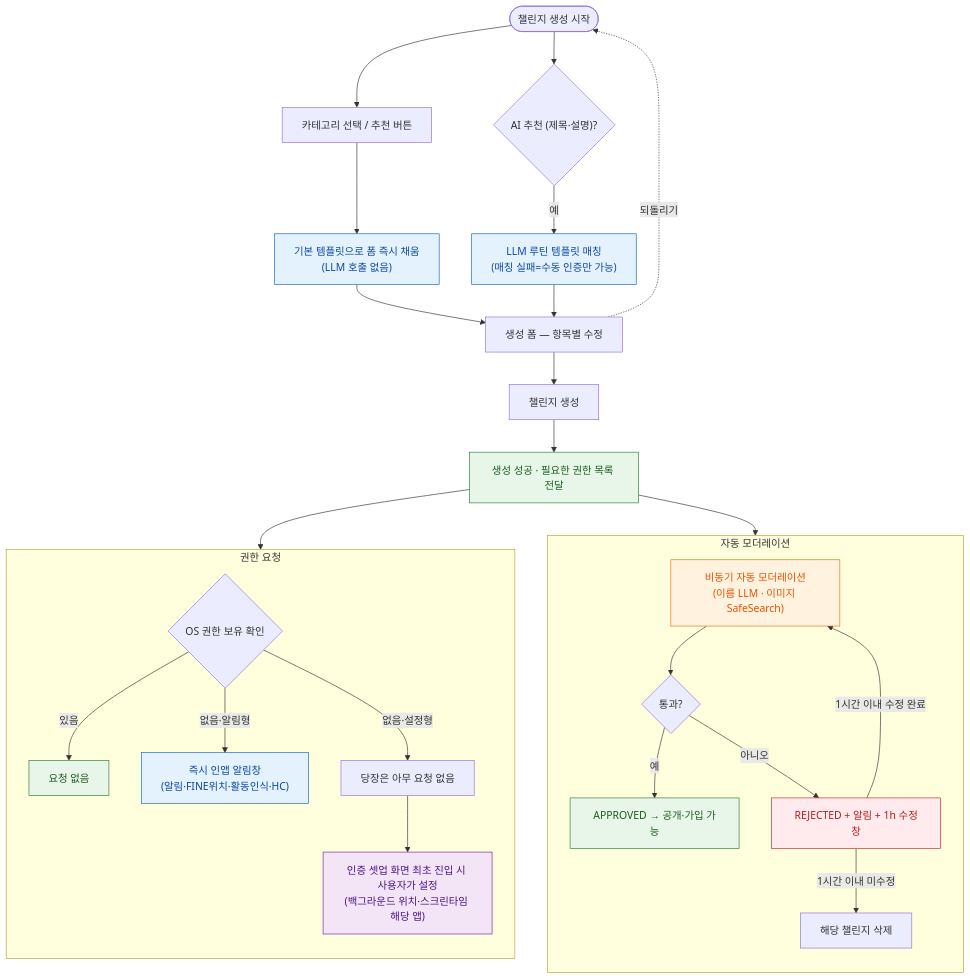
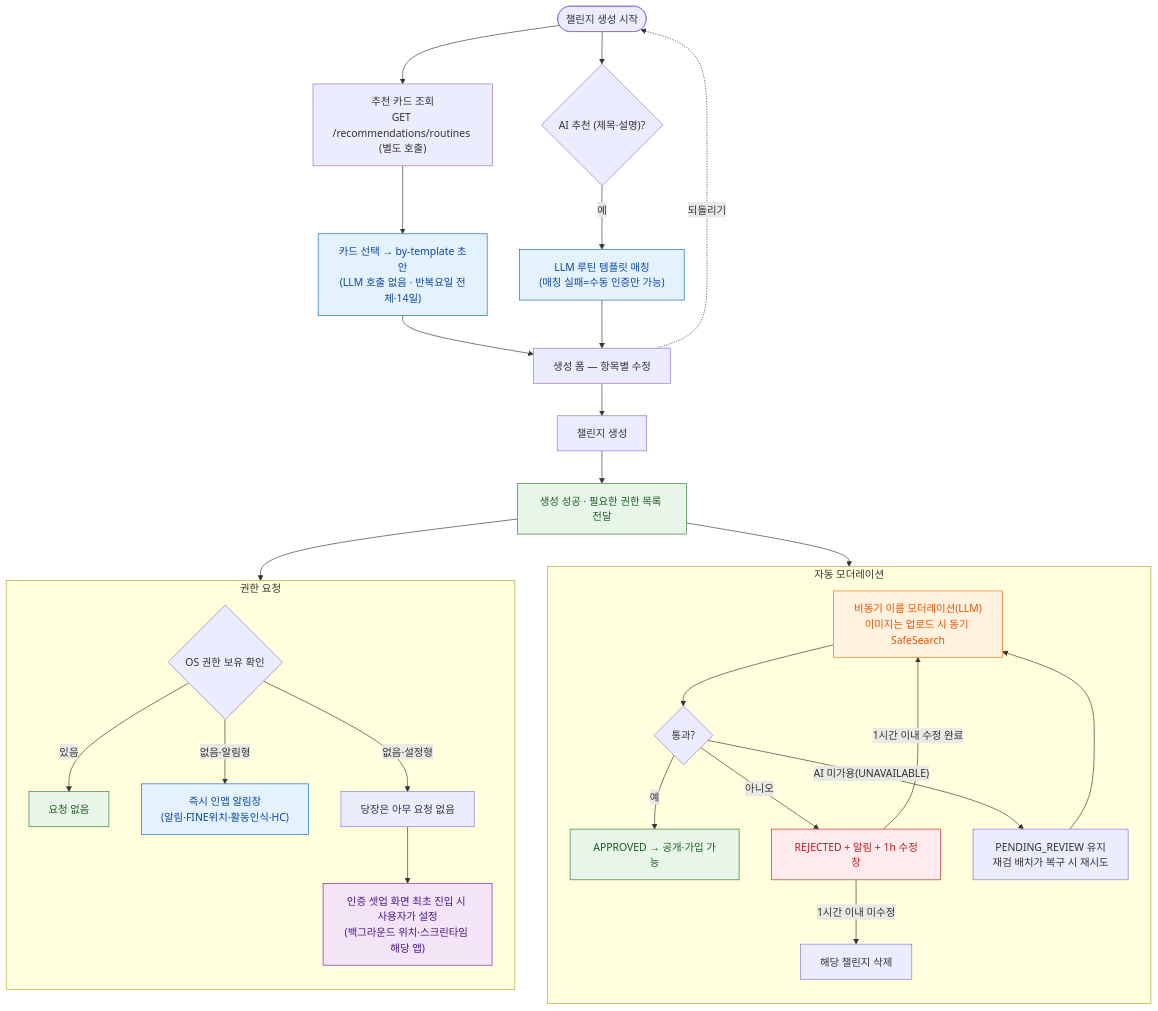
The first of 4 diagrams in docs/challenge/챌린지 생성 최종 수정 38ead4145fb680d8aac1e7a5e50130d6.md (RuleUp-ASM/Backend), drawn with Mermaid before and after one commit. The commit also changed other lines of this file and 10 other files, not shown here.

Commit message:
chore : 챌린지 플로우 및 코드 수정

````diff
--- a/docs/challenge/챌린지 생성 최종 수정 38ead4145fb680d8aac1e7a5e50130d6.md
+++ b/docs/challenge/챌린지 생성 최종 수정 38ead4145fb680d8aac1e7a5e50130d6.md
@@ -62,48 +62,50 @@
 ```mermaid
 flowchart TD
     START(["챌린지 생성 시작"]) --> AI{"AI 추천 (제목·설명)?"}
-    START --> RECO["카테고리 선택 / 추천 버튼"]
-    RECO --> FILL["기본 템플릿으로 폼 즉시 채움<br/>(LLM 호출 없음)"]
+    START --> RECO["추천 카드 조회<br/>GET /recommendations/routines (별도 호출)"]
+    RECO --> FILL["카드 선택 → by-template 초안<br/>(LLM 호출 없음 · 반복요일 전체·14일)"]
     FILL --> EDIT["생성 폼 — 항목별 수정"]
     AI -->|예| REC["LLM 루틴 템플릿 매칭<br/>(매칭 실패=수동 인증만 가능)"]
     REC --> EDIT
     EDIT --> CREATE["챌린지 생성"]
     CREATE --> OK["생성 성공 · 필요한 권한 목록 전달"]
 
     OK --> ASYNC
     OK --> C
 
     subgraph MOD ["자동 모더레이션"]
         direction TB
-        ASYNC["비동기 자동 모더레이션<br/>(이름 LLM · 이미지 SafeSearch)"]
+        ASYNC["비동기 이름 모더레이션(LLM)<br/>이미지는 업로드 시 동기 SafeSearch"]
         ASYNC --> GATE{"통과?"}
         GATE -->|예| APP["APPROVED → 공개·가입 가능"]
         GATE -->|아니오| REJ["REJECTED + 알림 + 1h 수정창"]
+        GATE -->|"AI 미가용(UNAVAILABLE)"| RETRY["PENDING_REVIEW 유지<br/>재검 배치가 복구 시 재시도"]
+        RETRY --> ASYNC
         REJ -->|1시간 이내 수정 완료| ASYNC
         REJ -->|1시간 이내 미수정| DEL["해당 챌린지 삭제"]
     end
 
     subgraph PERM ["권한 요청"]
         direction TB
         C{"OS 권한 보유 확인"}
         C -->|있음| DONE["요청 없음"]
         C -->|"없음·알림형"| POP["즉시 인앱 알림창<br/>(알림·FINE위치·활동인식·HC)"]
         C -->|"없음·설정형"| WAIT["당장은 아무 요청 없음"]
         WAIT --> DEFER["인증 셋업 화면 최초 진입 시 사용자가 설정<br/>(백그라운드 위치·스크린타임 해당 앱)"]
     end
 
     EDIT -.->|되돌리기| START
 
     classDef ai fill:#E3F2FD,stroke:#1565C0,color:#0D47A1;
     classDef ok fill:#E8F5E9,stroke:#2E7D32,color:#1B5E20;
     classDef mod fill:#FFF3E0,stroke:#EF6C00,color:#E65100;
     classDef err fill:#FFEBEE,stroke:#C62828,color:#B71C1C;
     classDef pop fill:#E3F2FD,stroke:#1565C0,color:#0D47A1;
     classDef defer fill:#F3E5F5,stroke:#7B1FA2,color:#4A148C;
     class REC,FILL ai;
     class OK,APP,DONE ok;
     class ASYNC mod;
     class REJ err;
     class POP pop;
     class DEFER defer;
 ```
````
